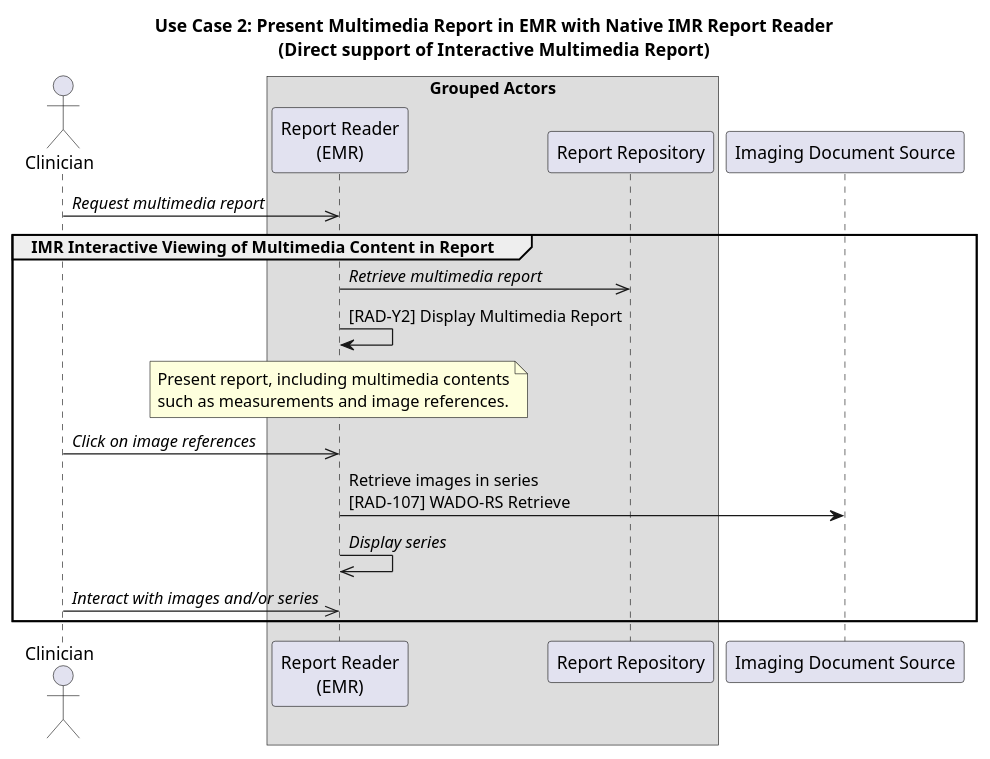
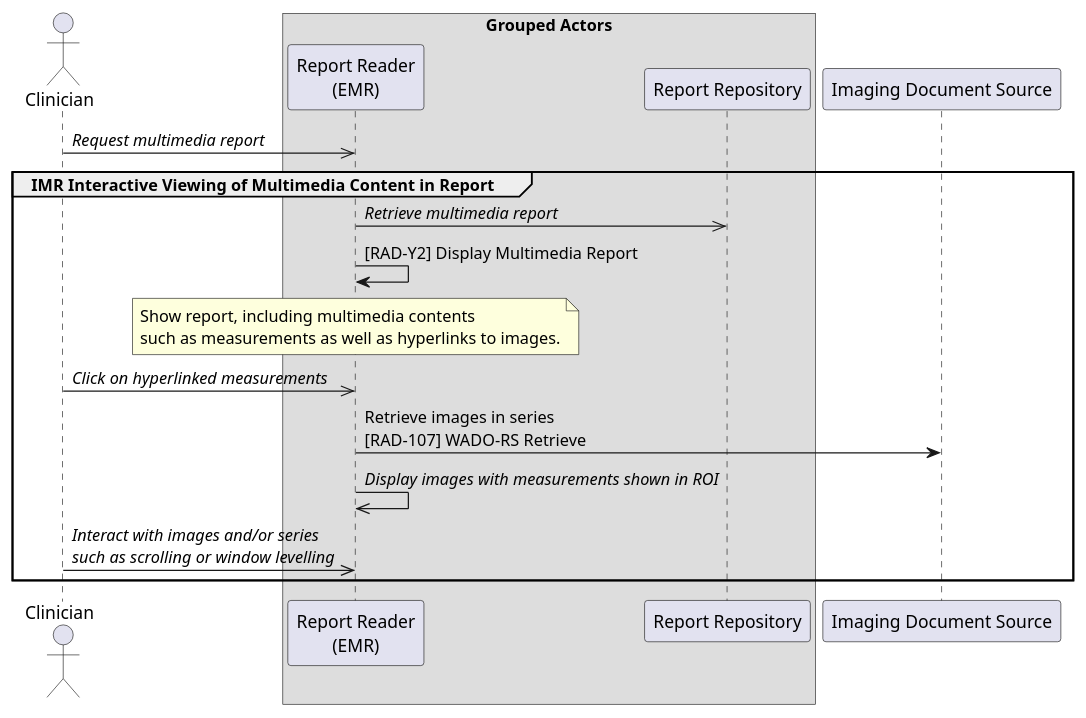
The diagram in input/images-source/uc2-presenting-interactive-report-standalone.plantuml (IHE/RAD.IMR), drawn with PlantUML before and after one commit. The commit also changed 6 other files, not shown here.

```diff
--- a/input/images-source/uc2-presenting-interactive-report-standalone.plantuml
+++ b/input/images-source/uc2-presenting-interactive-report-standalone.plantuml
@@ -1,30 +1,28 @@
 @startuml
-
-title "Use Case 2: Present Multimedia Report in EMR with Native IMR Report Reader\n(Direct support of Interactive Multimedia Report)"
 
 actor Clinician as Clinician
 
 box Grouped Actors
 participant "Report Reader\n(EMR)" as EMR
 participant "Report Repository" as Repo
 end box
 
 participant "Imaging Document Source" as Archive
 
 Clinician->>EMR: //Request multimedia report//
 group IMR Interactive Viewing of Multimedia Content in Report
 EMR->>Repo: //Retrieve multimedia report//
 EMR->EMR: [RAD-Y2] Display Multimedia Report
 note over EMR
-Present report, including multimedia contents
-such as measurements and image references.
+Show report, including multimedia contents
+such as measurements as well as hyperlinks to images.
 end note
 
-Clinician->>EMR: //Click on image references//
+Clinician->>EMR: //Click on hyperlinked measurements//
 EMR->Archive: Retrieve images in series\n[RAD-107] WADO-RS Retrieve
-EMR->>EMR: //Display series//
+EMR->>EMR: //Display images with measurements shown in ROI//
 
-Clinician->>EMR: //Interact with images and/or series//
+Clinician->>EMR: //Interact with images and/or series//\n//such as scrolling or window levelling//
 end
 
 @enduml
```
